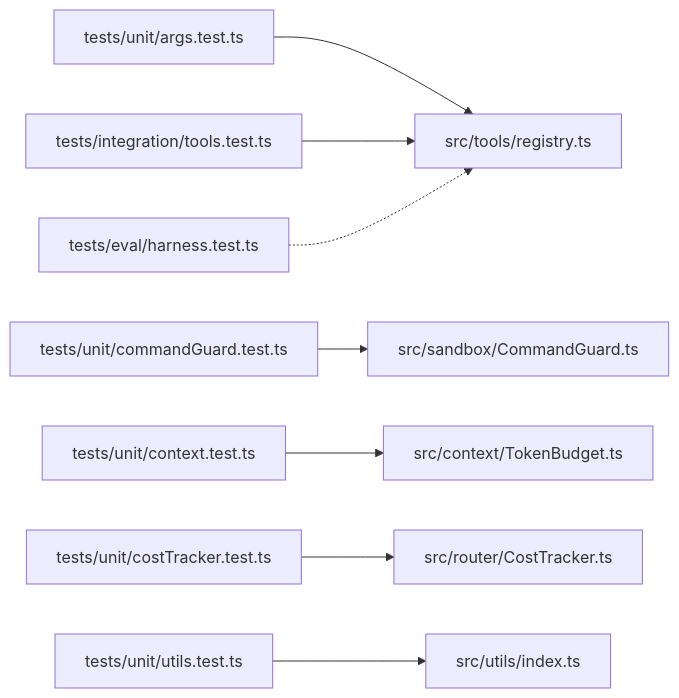
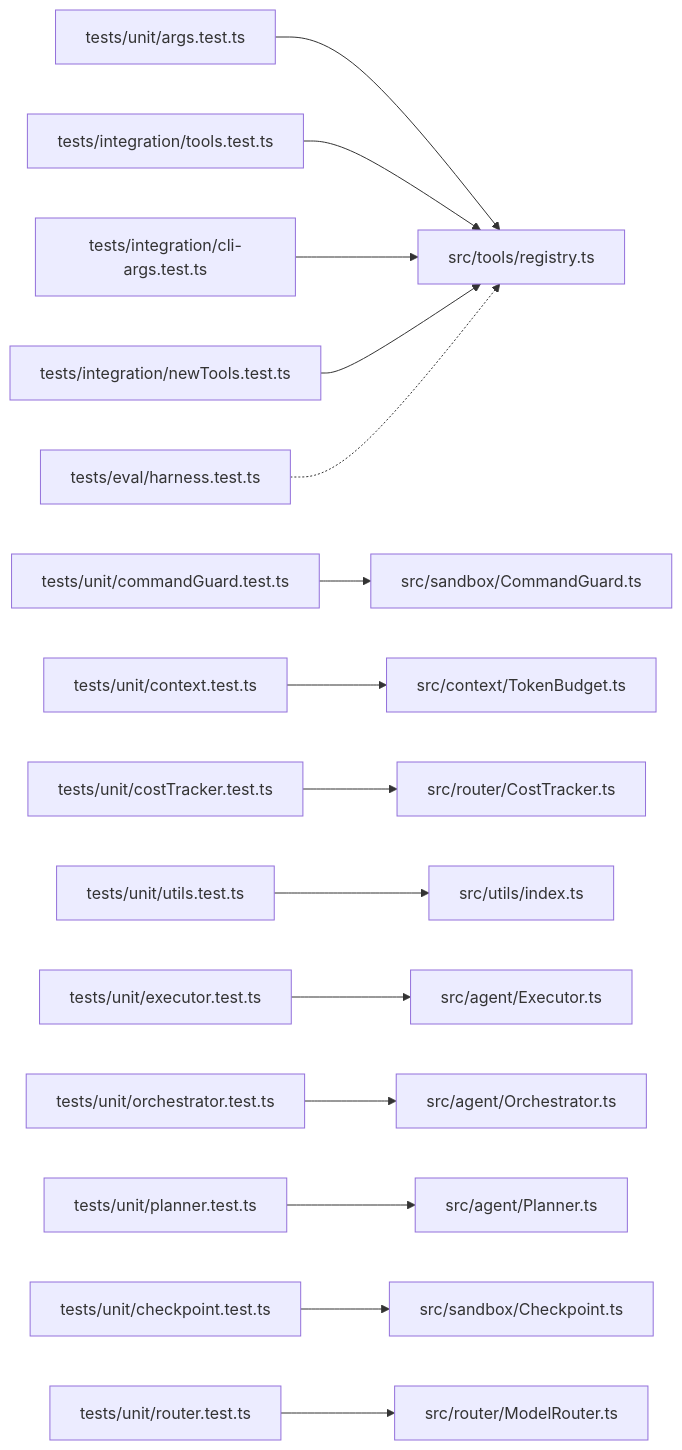
One commit to matter000/Nexus changed the third of 3 diagrams in .qoder/repowiki/zh/content/测试指南.md. Above: the diagram before and after it, drawn with Mermaid. The commit also changed other lines of this file and 64 other files, not shown here.

````diff
--- a/.qoder/repowiki/zh/content/测试指南.md
+++ b/.qoder/repowiki/zh/content/测试指南.md
@@ -315,10 +499,17 @@
 ```mermaid
 graph LR
 U_args["tests/unit/args.test.ts"] --> T_registry["src/tools/registry.ts"]
 U_cmd["tests/unit/commandGuard.test.ts"] --> CG["src/sandbox/CommandGuard.ts"]
 U_ctx["tests/unit/context.test.ts"] --> TB["src/context/TokenBudget.ts"]
 U_cost["tests/unit/costTracker.test.ts"] --> CT["src/router/CostTracker.ts"]
 U_utils["tests/unit/utils.test.ts"] --> UT["src/utils/index.ts"]
+U_exec["tests/unit/executor.test.ts"] --> EX["src/agent/Executor.ts"]
+U_orch["tests/unit/orchestrator.test.ts"] --> OR["src/agent/Orchestrator.ts"]
+U_plan["tests/unit/planner.test.ts"] --> PL["src/agent/Planner.ts"]
+U_ckpt["tests/unit/checkpoint.test.ts"] --> CK["src/sandbox/Checkpoint.ts"]
+U_router["tests/unit/router.test.ts"] --> MR["src/router/ModelRouter.ts"]
 I_tools["tests/integration/tools.test.ts"] --> T_registry
+I_cli["tests/integration/cli-args.test.ts"] --> T_registry
+I_newtools["tests/integration/newTools.test.ts"] --> T_registry
 E_eval["tests/eval/harness.test.ts"] -.-> T_registry
 ```
````
